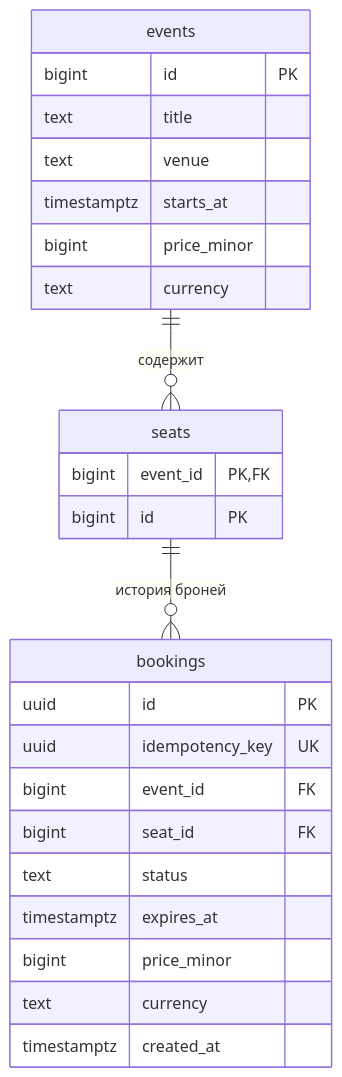
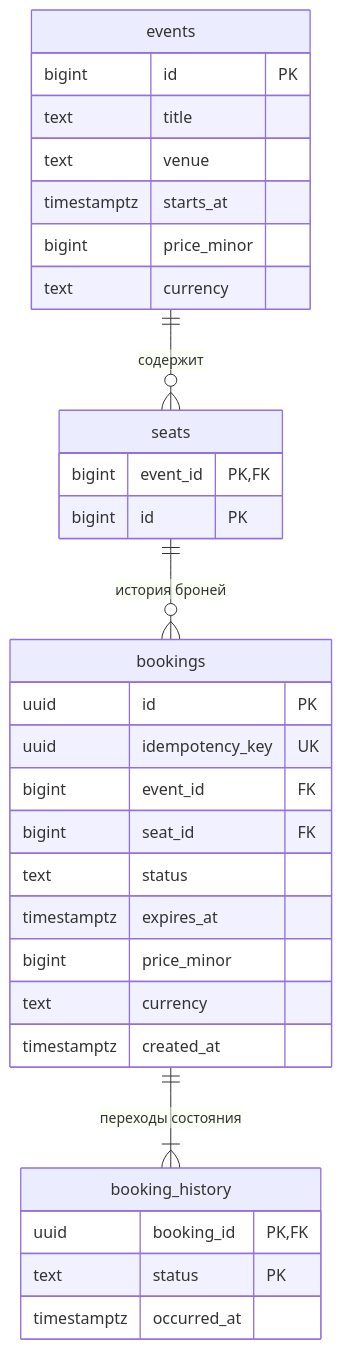
Before and after one commit to tsostanov/SeatFlow: the fourth of 4 diagrams in README.md, drawn with Mermaid. The commit also changed other lines of this file and 12 other files, not shown here.

Commit message:
Add persistent booking history timeline

````diff
--- a/README.md
+++ b/README.md
@@ -149,29 +151,35 @@
 ```mermaid
 erDiagram
     events ||--o{ seats : "содержит"
     seats ||--o{ bookings : "история броней"
+    bookings ||--|{ booking_history : "переходы состояния"
 
     events {
         bigint id PK
         text title
         text venue
         timestamptz starts_at
         bigint price_minor
         text currency
     }
     seats {
         bigint event_id PK,FK
         bigint id PK
     }
     bookings {
         uuid id PK
         uuid idempotency_key UK
         bigint event_id FK
         bigint seat_id FK
         text status
         timestamptz expires_at
         bigint price_minor
         text currency
         timestamptz created_at
     }
+    booking_history {
+        uuid booking_id PK,FK
+        text status PK
+        timestamptz occurred_at
+    }
 ```
````
